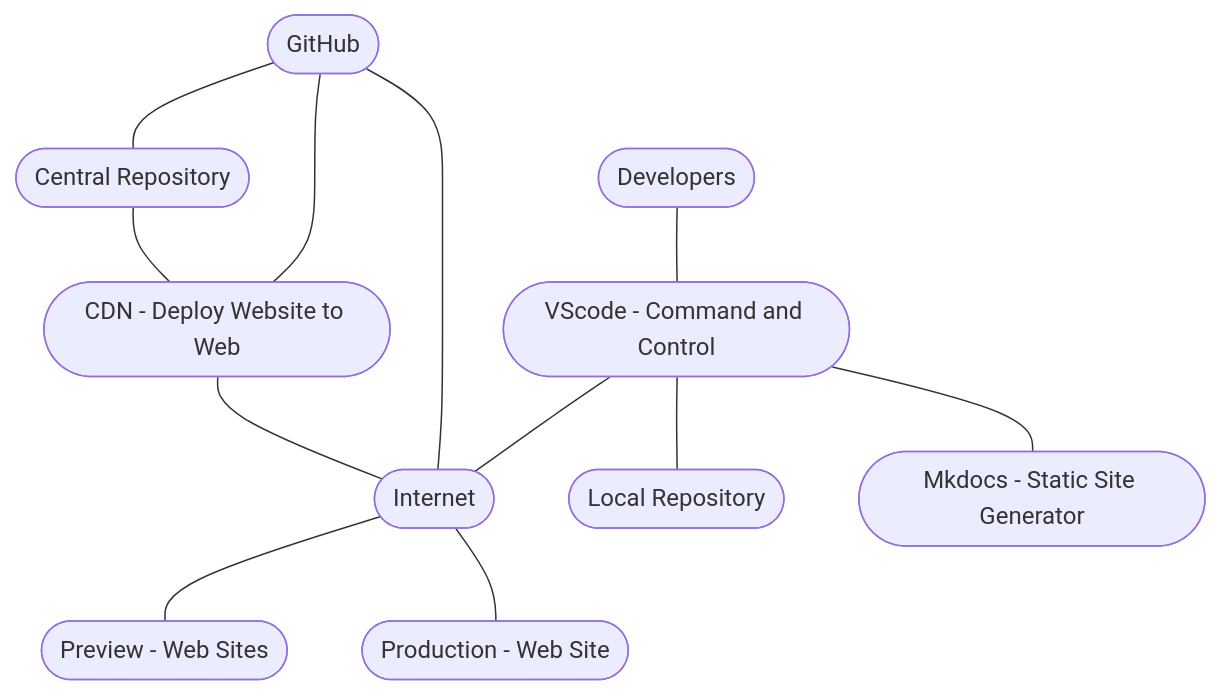
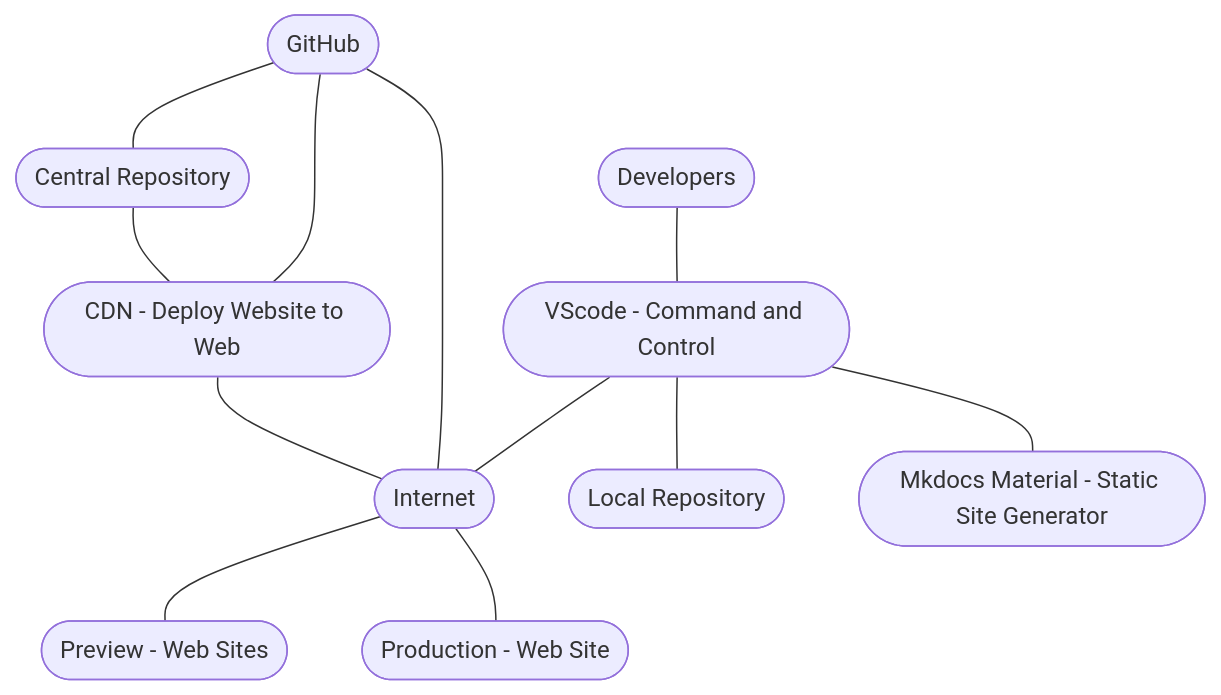
One commit to JohnTelford/mkdocs-2 changed the diagram in docs/website-development-stack.md. Above: the diagram before and after it, drawn with Mermaid. The commit also changed other lines of this file, not shown here.

````diff
--- a/docs/website-development-stack.md
+++ b/docs/website-development-stack.md
@@ -15,47 +15,47 @@
 ``` mermaid
 flowchart TB
 	
 	crepo --- cdn
 
 	cdn --- net
 
 	dev --- vsc 
 
 	github --- crepo
 
 	github --- cdn
 
 	github --- net
 	
 	vsc --- lrepo
 	
 	net --- prevweb
 
 	net --- proweb
 
 	vsc --- net
 
 	vsc --- mkd
 
 	dev([Developers])
 
 	cdn([CDN - Deploy Website to Web])
 
 	crepo([Central Repository])
 
 	github([GitHub]) 
 
 	lrepo([Local Repository])
 
-	mkd([Mkdocs - Static Site Generator])
+	mkd([Mkdocs Material - Static Site Generator])
 
 	net([Internet]) 
 	
 	prevweb([Preview - Web Sites])
 
 	proweb([Production - Web Site])
 
 	vsc([VScode - Command and Control]) 
 
 
 ```
````
